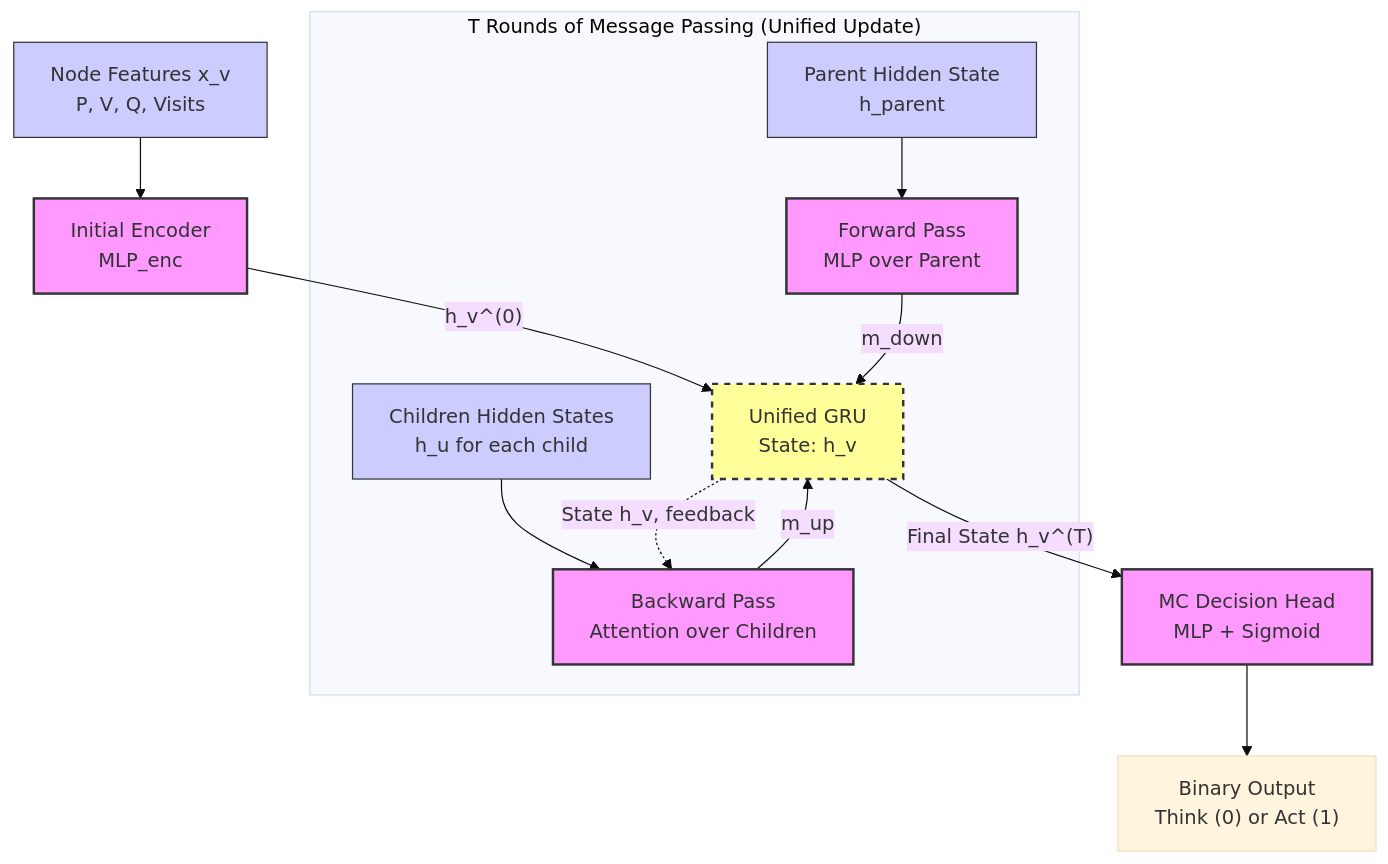
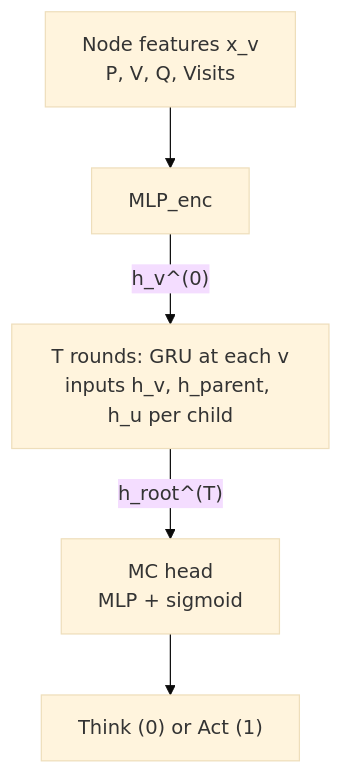
The third of 3 diagrams in project.md (WeiJiMaLab/chess_analysis), drawn with Mermaid (base theme) before and after one commit. The commit also changed other lines of this file, not shown here.

Commit message:
Update brief

````diff
--- a/project.md
+++ b/project.md
@@ -10,40 +43,8 @@
 ```mermaid
-graph TD
-    %% Node Feature Input
-    Xv["Node Features x_v<br/>P, V, Q, Visits"] --> MLP_Enc["Initial Encoder<br/>MLP_enc"]
+flowchart TD
+    Xv["Node features x_v<br/>P, V, Q, Visits"] --> MLP_Enc["MLP_enc"]
+    MLP_Enc -->|"h_v^(0)"| GRU_loop["T rounds: GRU at each v<br/>inputs h_v, h_parent, h_u per child"]
 
-    %% Initial state
-    MLP_Enc -->|"h_v^(0)"| GRU
-
-    subgraph "T Rounds of Message Passing (Unified Update)"
-        %% Memory State
-        GRU["Unified GRU<br/>State: h_v"]
-
-        %% Aggregation Mechanisms
-        Attn["Backward Pass<br/>Attention over Children"]
-        MLP_Down["Forward Pass<br/>MLP over Parent"]
-
-        %% Message Flow to Update
-        Attn -->|"m_up"| GRU
-        MLP_Down -->|"m_down"| GRU
-
-        %% Contextual inputs
-        ChildStates["Children Hidden States<br/>h_u for each child"] --> Attn
-        ParentState["Parent Hidden State<br/>h_parent"] --> MLP_Down
-
-        %% Recurrent Loop
-        GRU -.->|"State h_v, feedback"| Attn
-    end
-
-    %% Readout/Decision
-    GRU -->|"Final State h_v^(T)"| DecisionHead["MC Decision Head<br/>MLP + Sigmoid"]
-    DecisionHead --> Output["Binary Output<br/>Think (0) or Act (1)"]
-
-    %% Styling
-    classDef process fill:#f9f,stroke:#333,stroke-width:2px;
-    classDef memory fill:#ff9,stroke:#333,stroke-width:2px,stroke-dasharray: 5 5;
-    classDef input fill:#ccf,stroke:#333,stroke-width:1px;
-    class GRU memory;
-    class MLP_Enc,Attn,MLP_Down,DecisionHead process;
-    class Xv,ChildStates,ParentState input;
+    GRU_loop -->|"h_root^(T)"| DecisionHead["MC head<br/>MLP + sigmoid"]
+    DecisionHead --> Output["Think (0) or Act (1)"]
 ```
````
